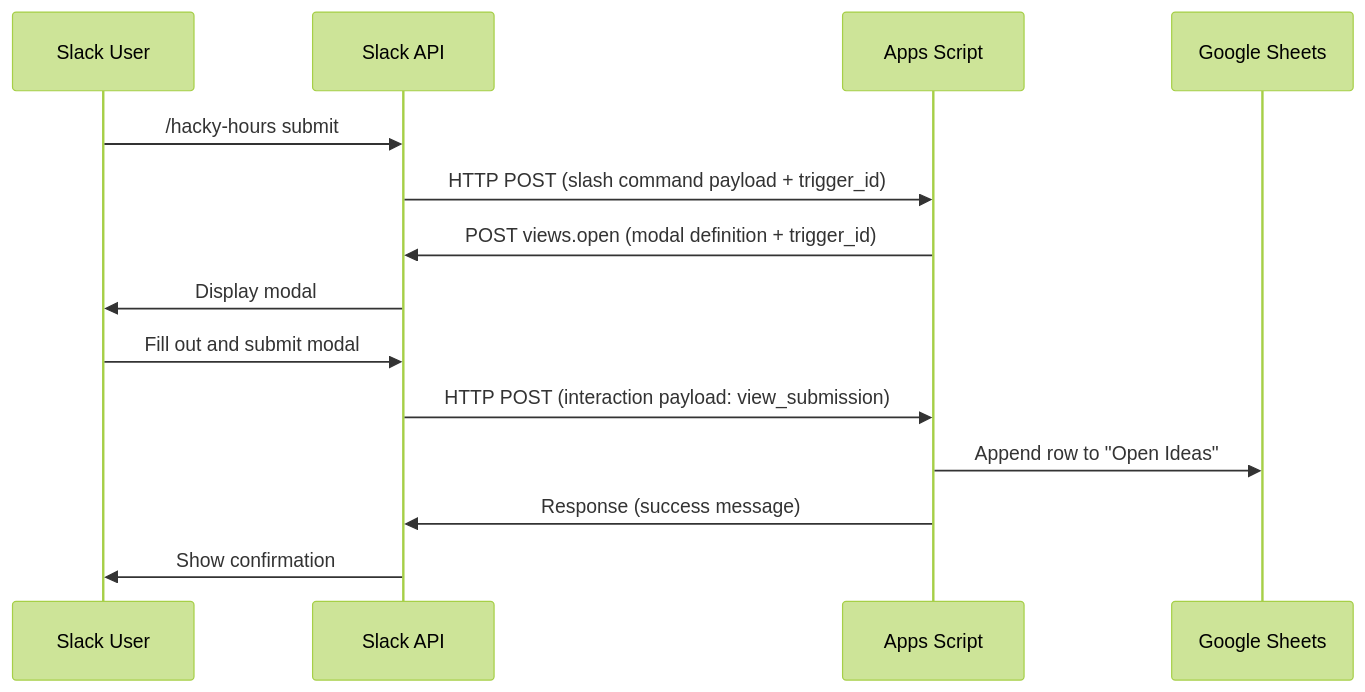
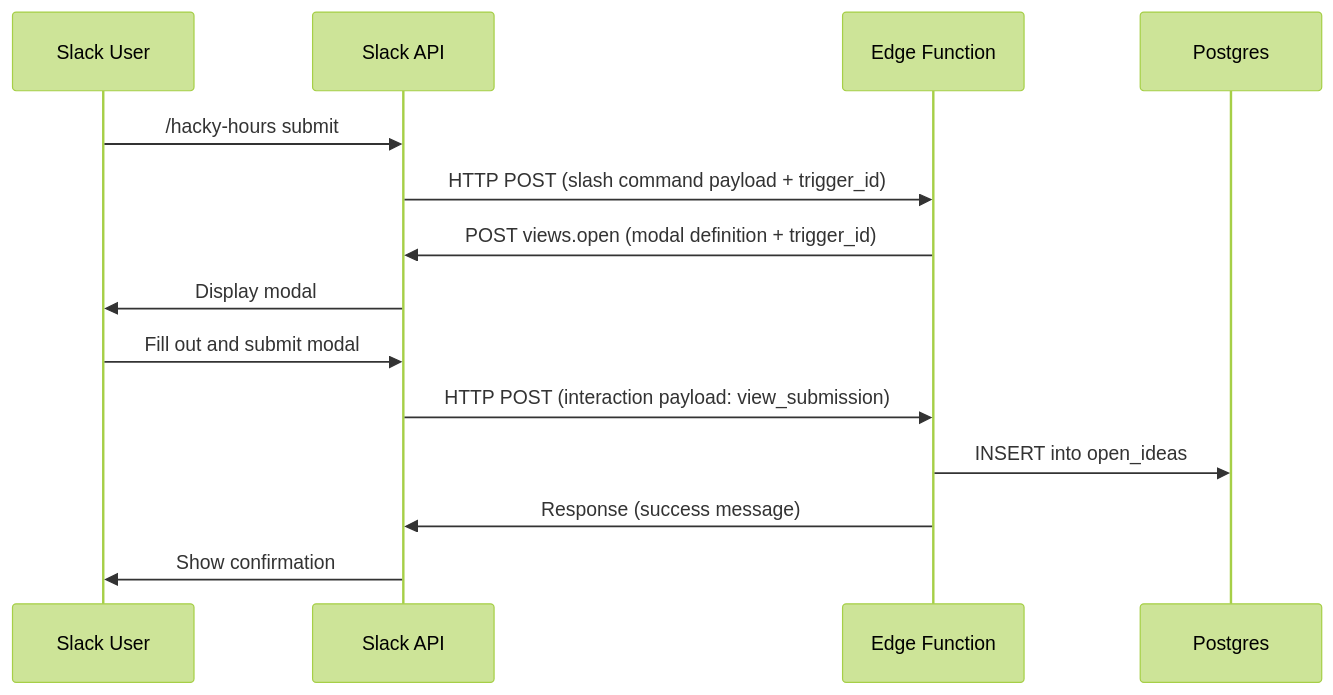
The second of 2 diagrams in hacky-hours/02-design/ARCHITECTURE.md (empathetech/hacky-hours-bot), drawn with Mermaid (forest theme) before and after one commit. The commit also changed other lines of this file and 8 other files, not shown here.

First line of the commit message:
docs: architecture rewrite — switch to Supabase Edge Functions + Postgres

````diff
--- a/hacky-hours/02-design/ARCHITECTURE.md
+++ b/hacky-hours/02-design/ARCHITECTURE.md
@@ -105,17 +102,17 @@
 ```mermaid
 sequenceDiagram
     participant U as Slack User
     participant S as Slack API
-    participant G as Apps Script
-    participant D as Google Sheets
+    participant E as Edge Function
+    participant D as Postgres
 
     U->>S: /hacky-hours submit
-    S->>G: HTTP POST (slash command payload + trigger_id)
-    G->>S: POST views.open (modal definition + trigger_id)
+    S->>E: HTTP POST (slash command payload + trigger_id)
+    E->>S: POST views.open (modal definition + trigger_id)
     S->>U: Display modal
     U->>S: Fill out and submit modal
-    S->>G: HTTP POST (interaction payload: view_submission)
-    G->>D: Append row to "Open Ideas"
-    G->>S: Response (success message)
+    S->>E: HTTP POST (interaction payload: view_submission)
+    E->>D: INSERT into open_ideas
+    E->>S: Response (success message)
     S->>U: Show confirmation
 ```
````
